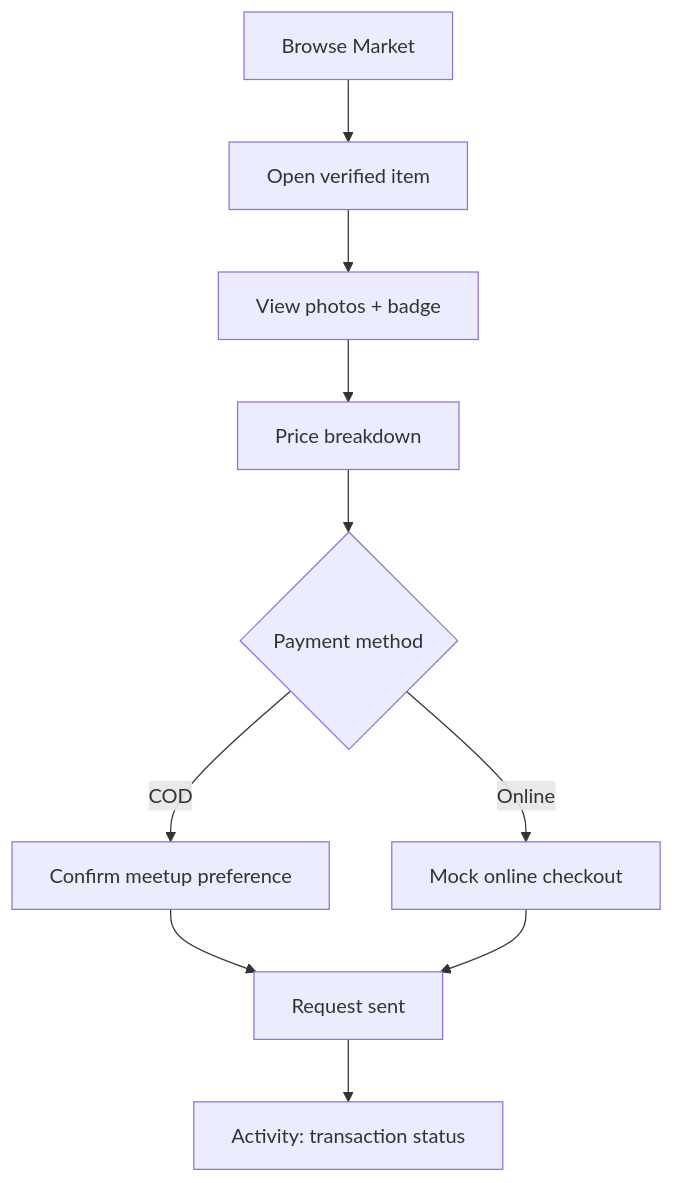
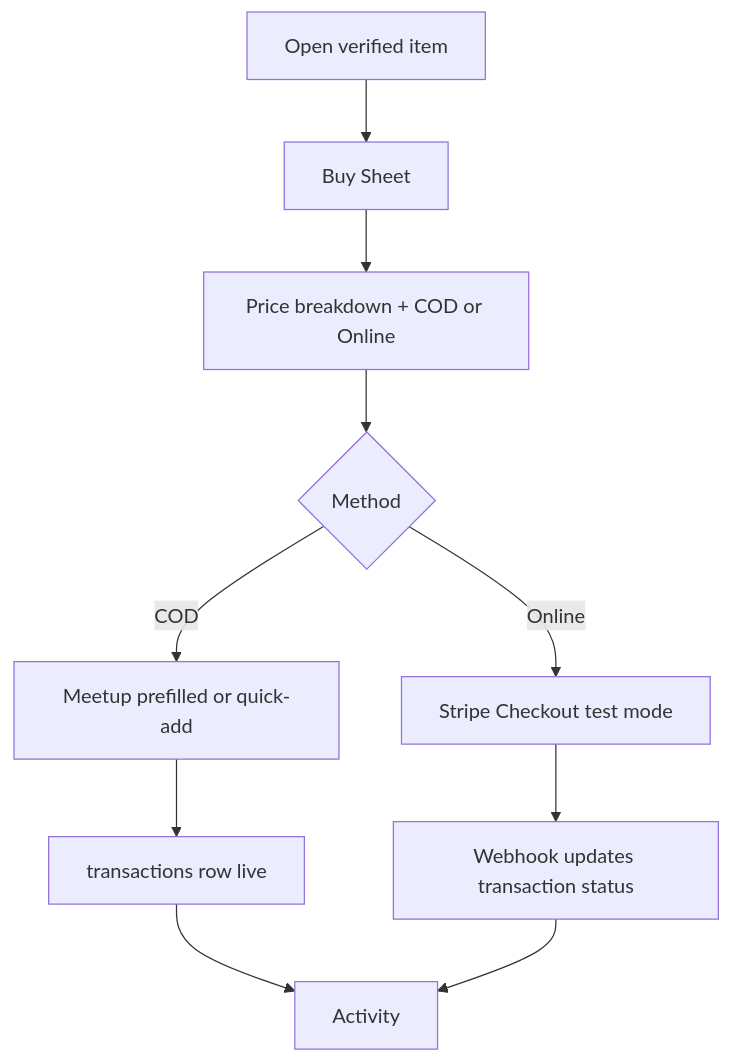
The third of 4 diagrams in docs/flows/user-flows.md (raplyhollow2/ebumarket), drawn with Mermaid before and after one commit. The commit also changed other lines of this file and 17 other files, not shown here.

````diff
--- a/docs/flows/user-flows.md
+++ b/docs/flows/user-flows.md
@@ -60,12 +50,12 @@
 ```mermaid
 flowchart TD
-  A[Browse Market] --> B[Open verified item]
-  B --> C[View photos + badge]
-  C --> D[Price breakdown]
-  D --> E{Payment method}
-  E -->|COD| F[Confirm meetup preference]
-  E -->|Online| G[Mock online checkout]
-  F --> H[Request sent]
-  G --> H
-  H --> I[Activity: transaction status]
+  A[Open verified item] --> B[Buy Sheet]
+  B --> C[Price breakdown + COD or Online]
+  C --> D{Method}
+  D -->|COD| E[Meetup prefilled or quick-add]
+  D -->|Online| F[Stripe Checkout test mode]
+  E --> G[transactions row live]
+  F --> H[Webhook updates transaction status]
+  G --> I[Activity]
+  H --> I
 ```
````
